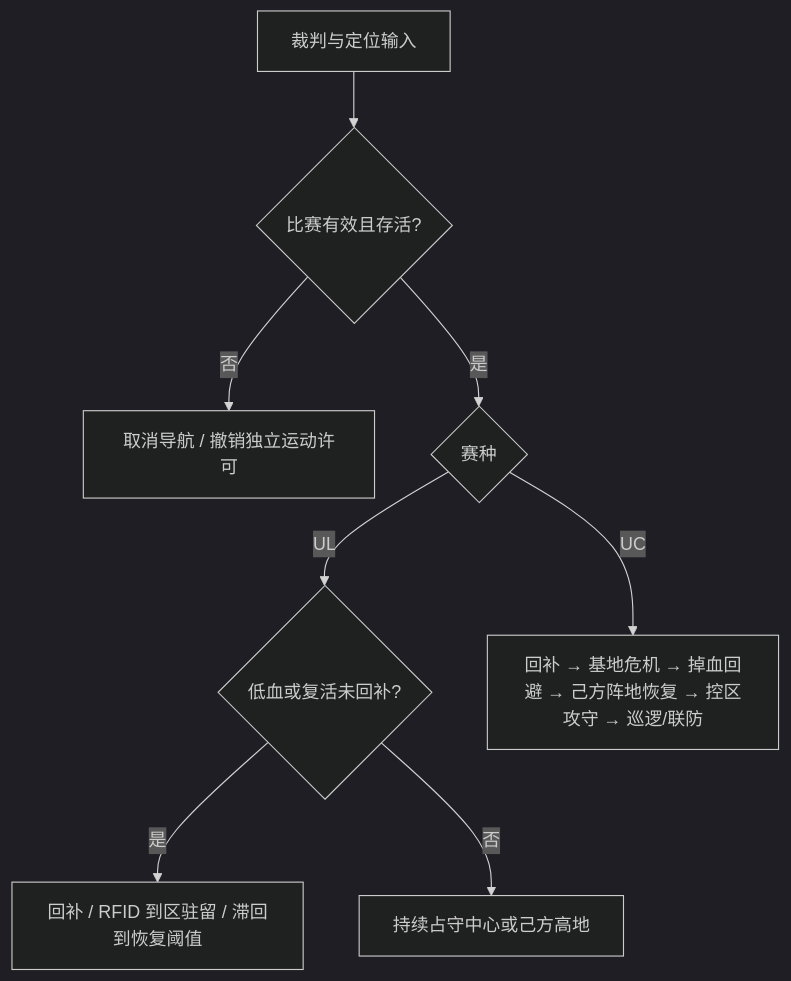
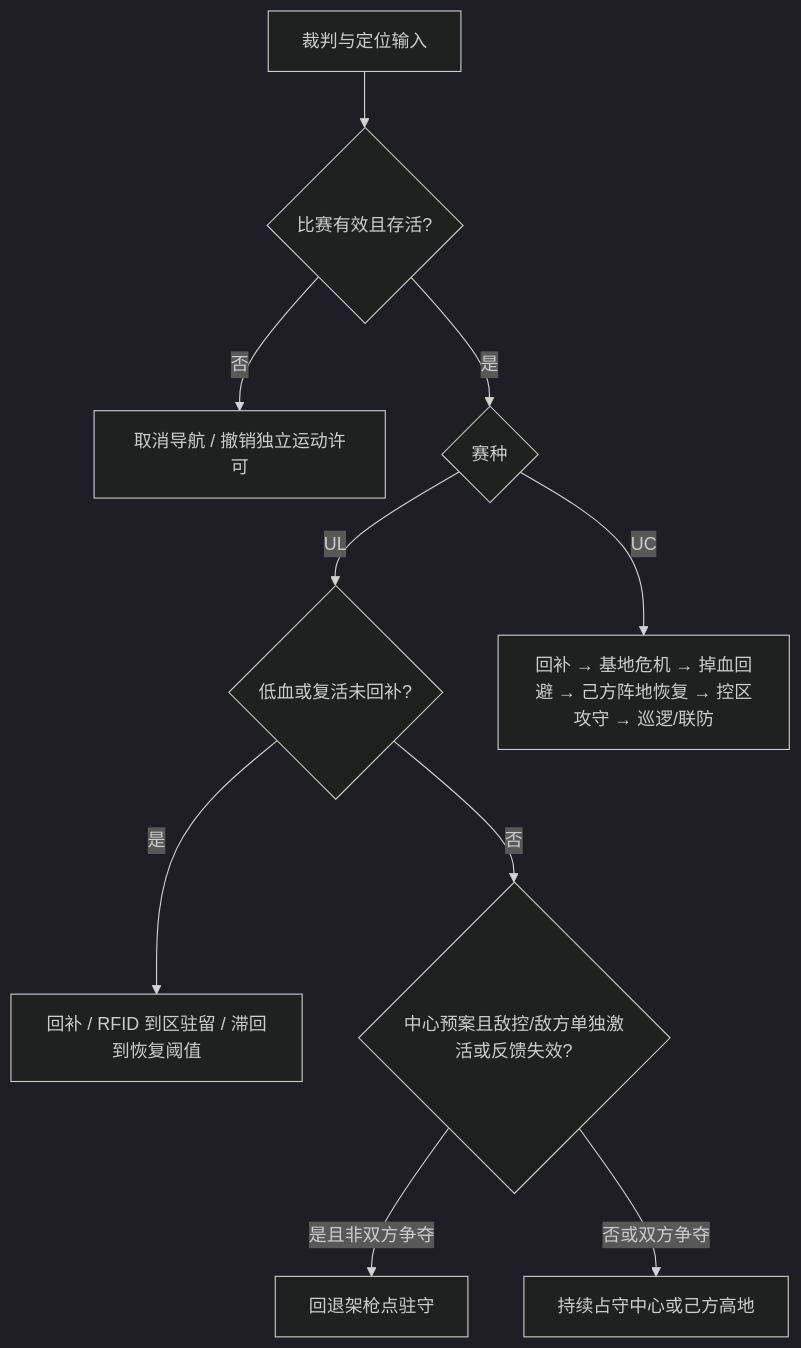
The diagram in src/srm27_behavior/README.md (limaori/srm_nav_27), drawn with Mermaid (dark theme) before and after one commit. The commit also changed other lines of this file and 16 other files, not shown here.

````diff
--- a/src/srm27_behavior/README.md
+++ b/src/srm27_behavior/README.md
@@ -43,10 +44,12 @@
 ```mermaid
 flowchart TD
   A[裁判与定位输入] --> B{比赛有效且存活?}
   B -->|否| C[取消导航 / 撤销独立运动许可]
   B -->|是| D{赛种}
   D -->|UL| E{低血或复活未回补?}
   E -->|是| F[回补 / RFID 到区驻留 / 滞回到恢复阈值]
-  E -->|否| G[持续占守中心或己方高地]
+  E -->|否| U{中心预案且敌控/敌方单独激活或反馈失效?}
+  U -->|是且非双方争夺| V[回退架枪点驻守]
+  U -->|否或双方争夺| G[持续占守中心或己方高地]
   D -->|UC| H[回补 → 基地危机 → 掉血回避 → 己方阵地恢复 → 控区攻守 → 巡逻/联防]
 ```
````
